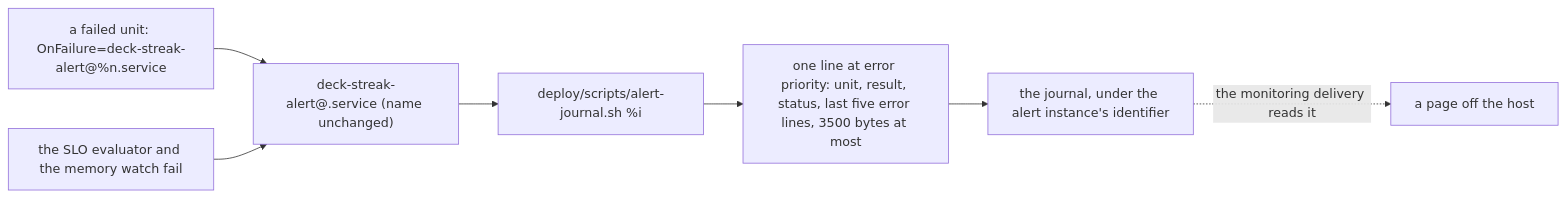
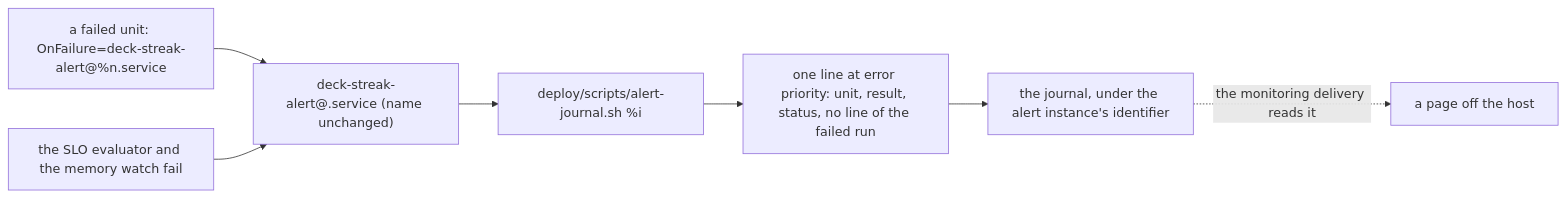
Before and after one commit to RexRenatus/deck-streak: the third of 4 diagrams in docs/schematics/the-install-carries-no-telegram-surface.md, drawn with Mermaid. The commit also changed 12 other files, not shown here.

First line of the commit message:
fix(deploy): the alert line names the unit and quotes no error line

````diff
--- a/docs/schematics/the-install-carries-no-telegram-surface.md
+++ b/docs/schematics/the-install-carries-no-telegram-surface.md
@@ -72,9 +72,9 @@
 ```mermaid
 flowchart LR
   U["a failed unit: OnFailure=deck-streak-alert@%n.service"] --> T["deck-streak-alert@.service (name unchanged)"]
   E["the SLO evaluator and the memory watch fail"] --> T
   T --> S["deploy/scripts/alert-journal.sh %i"]
-  S --> J["one line at error priority: unit, result, status, last five error lines, 3500 bytes at most"]
+  S --> J["one line at error priority: unit, result, status, no line of the failed run"]
   J --> L["the journal, under the alert instance's identifier"]
   L -. "the monitoring delivery reads it" .-> M["a page off the host"]
 ```
````
